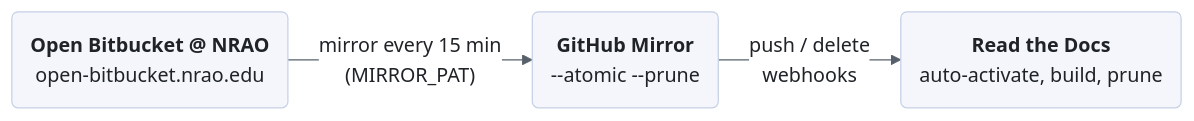
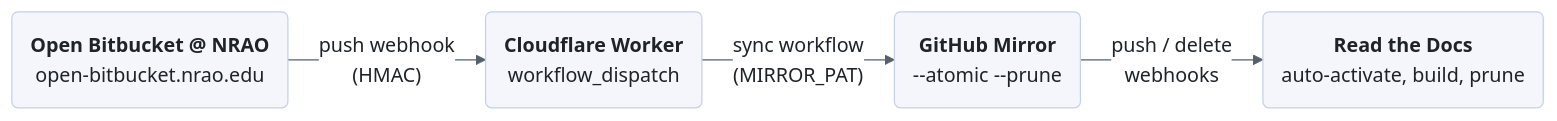
One commit to ra-pipeline/pipeline changed the diagram in docs/source/devel/setup/readthedocs.md. Above: the diagram before and after it, drawn with Mermaid. The commit also changed other lines of this file and 1 other file, not shown here.

First line of the commit message:
PIPE-3306: update Bitbucket mirror cron and RTD docs

````diff
--- a/docs/source/devel/setup/readthedocs.md
+++ b/docs/source/devel/setup/readthedocs.md
@@ -113,6 +113,7 @@
 ```mermaid
 %%{init: {'theme': 'base', 'themeVariables': { 'primaryColor': '#f4f6fb', 'primaryBorderColor': '#c5d0e6', 'primaryTextColor': '#1f2328', 'lineColor': '#57606a', 'edgeLabelBackground': '#ffffff' }}}%%
 flowchart LR
-    BB("<b>Open Bitbucket @ NRAO</b><br/>open-bitbucket.nrao.edu") -->|"mirror every 15 min<br/>(MIRROR_PAT)"| GH("<b>GitHub Mirror</b><br/>--atomic --prune")
+    BB("<b>Open Bitbucket @ NRAO</b><br/>open-bitbucket.nrao.edu") -->|"push webhook<br/>(HMAC)"| CF("<b>Cloudflare Worker</b><br/>workflow_dispatch")
+    CF -->|"sync workflow<br/>(MIRROR_PAT)"| GH("<b>GitHub Mirror</b><br/>--atomic --prune")
     GH -->|"push / delete<br/>webhooks"| RTD("<b>Read the Docs</b><br/>auto-activate, build, prune")
 ```
````
